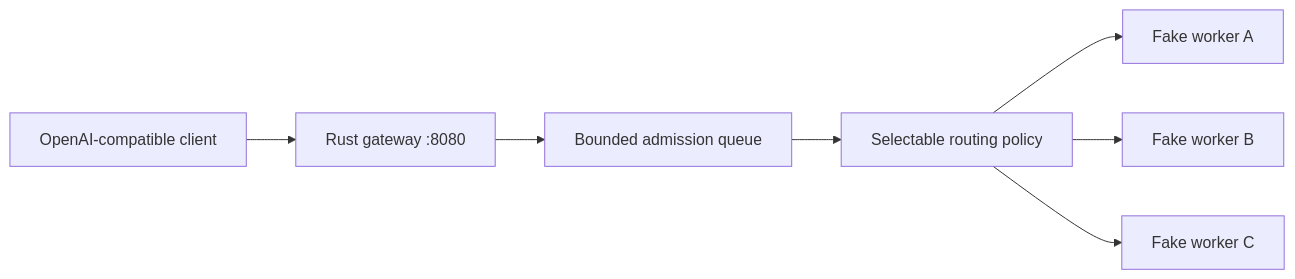
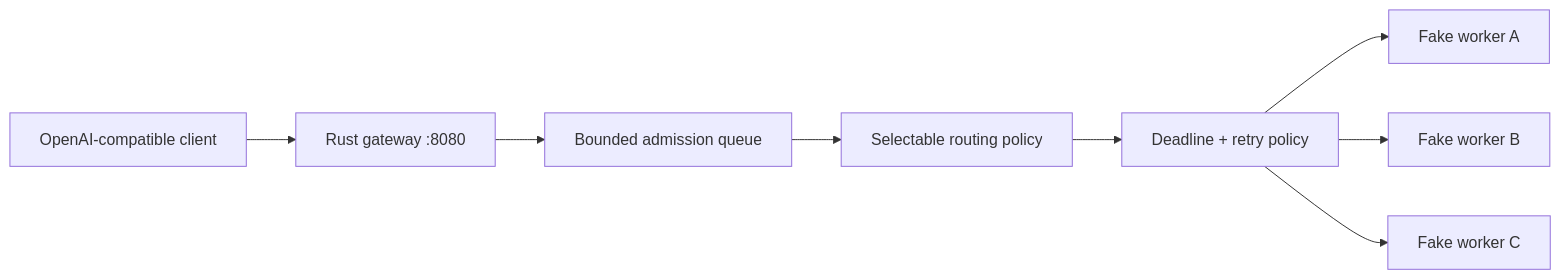
One commit to conan505/inferLab changed the diagram in README.md. Above: the diagram before and after it, drawn with Mermaid. The commit also changed other lines of this file and 22 other files, not shown here.

````diff
--- a/README.md
+++ b/README.md
@@ -14,9 +14,10 @@
 ```mermaid
 flowchart LR
     C["OpenAI-compatible client"] --> G["Rust gateway :8080"]
     G --> A0["Bounded admission queue"]
     A0 --> P["Selectable routing policy"]
-    P --> A["Fake worker A"]
-    P --> B["Fake worker B"]
-    P --> C2["Fake worker C"]
+    P --> R["Deadline + retry policy"]
+    R --> A["Fake worker A"]
+    R --> B["Fake worker B"]
+    R --> C2["Fake worker C"]
 ```
````
